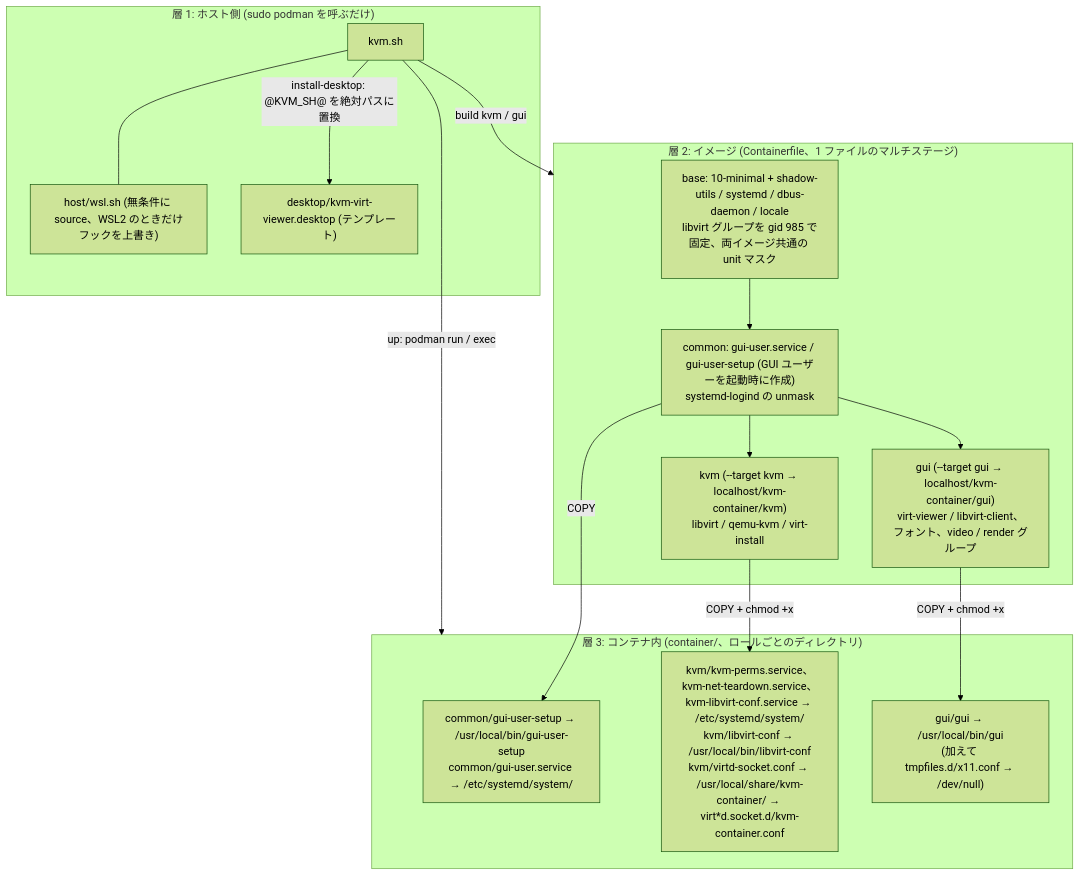
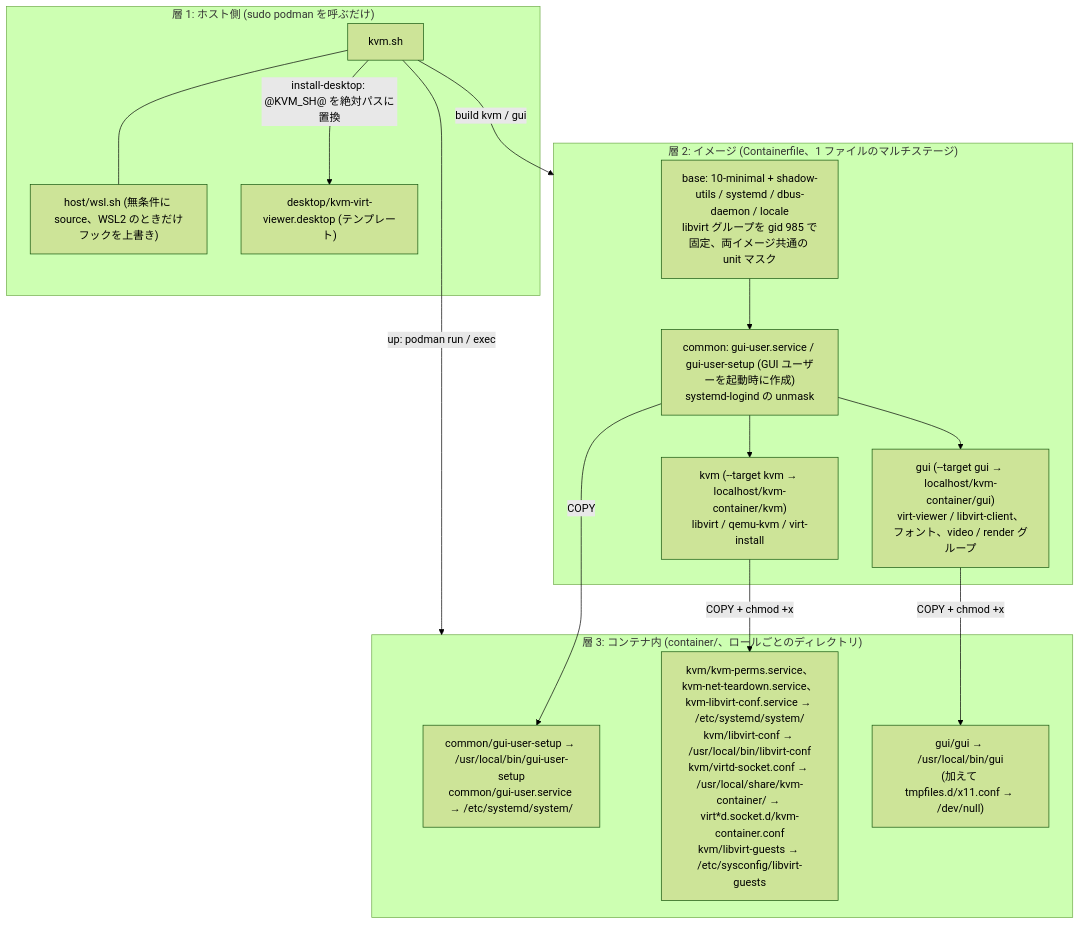
Before and after one commit to ryo-aoki-pc/kvm-container: the fourth of 22 diagrams in docs/SPEC.md, drawn with Mermaid (forest theme). The commit also changed other lines of this file and 6 other files, not shown here.

````diff
--- a/docs/SPEC.md
+++ b/docs/SPEC.md
@@ -215,27 +215,27 @@
 ```mermaid
 flowchart TB
   subgraph L1 ["層 1: ホスト側 (sudo podman を呼ぶだけ)"]
     kvmsh["kvm.sh"] --- wsl["host/wsl.sh (無条件に source、WSL2 のときだけフックを上書き)"]
     tmpl["desktop/kvm-virt-viewer.desktop (テンプレート)"]
   end
   subgraph L2 ["層 2: イメージ (Containerfile、1 ファイルのマルチステージ)"]
     base["base: 10-minimal + shadow-utils / systemd / dbus-daemon / locale<br/>libvirt グループを gid 985 で固定、両イメージ共通の unit マスク"]
     common["common: gui-user.service / gui-user-setup (GUI ユーザーを起動時に作成)<br/>systemd-logind の unmask"]
     kvmimg["kvm (--target kvm → localhost/kvm-container/kvm)<br/>libvirt / qemu-kvm / virt-install"]
     guiimg["gui (--target gui → localhost/kvm-container/gui)<br/>virt-viewer / libvirt-client、フォント、video / render グループ"]
     base --> common
     common --> kvmimg
     common --> guiimg
   end
   subgraph L3 ["層 3: コンテナ内 (container/、ロールごとのディレクトリ)"]
     c1["common/gui-user-setup → /usr/local/bin/gui-user-setup<br/>common/gui-user.service → /etc/systemd/system/"]
-    k1["kvm/kvm-perms.service、kvm-net-teardown.service、kvm-libvirt-conf.service → /etc/systemd/system/<br/>kvm/libvirt-conf → /usr/local/bin/libvirt-conf<br/>kvm/virtd-socket.conf → /usr/local/share/kvm-container/ → virt*d.socket.d/kvm-container.conf"]
+    k1["kvm/kvm-perms.service、kvm-net-teardown.service、kvm-libvirt-conf.service → /etc/systemd/system/<br/>kvm/libvirt-conf → /usr/local/bin/libvirt-conf<br/>kvm/virtd-socket.conf → /usr/local/share/kvm-container/ → virt*d.socket.d/kvm-container.conf<br/>kvm/libvirt-guests → /etc/sysconfig/libvirt-guests"]
     g1["gui/gui → /usr/local/bin/gui<br/>(加えて tmpfiles.d/x11.conf → /dev/null)"]
   end
   kvmsh -->|"build kvm / gui"| L2
   common -->|"COPY"| c1
   kvmimg -->|"COPY + chmod +x"| k1
   guiimg -->|"COPY + chmod +x"| g1
   kvmsh -->|"up: podman run / exec"| L3
   kvmsh -->|"install-desktop: @KVM_SH@ を絶対パスに置換"| tmpl
 ```
````
